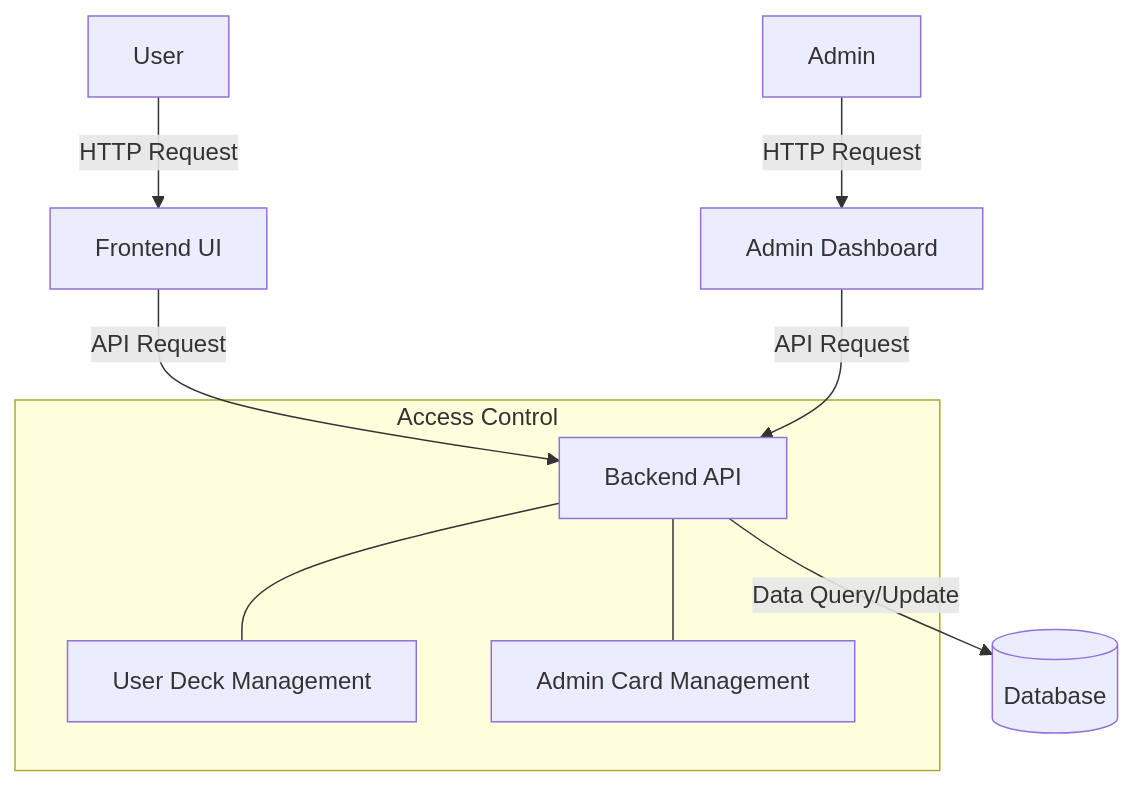
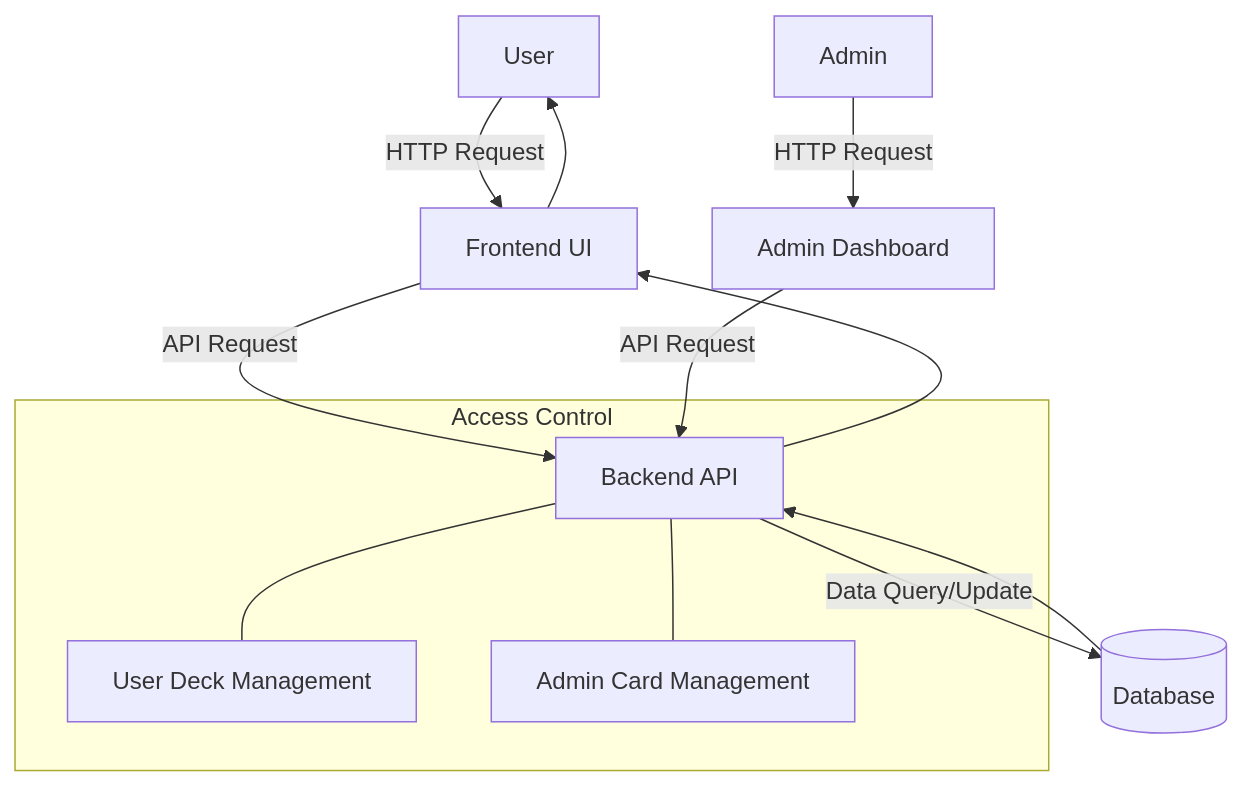
One commit to kyjohnson05/git-practice-KyleJohnson changed the third of 3 diagrams in mermaid-diagrams/README.md. Above: the diagram before and after it, drawn with Mermaid.

Commit message:
Update README.md
edit system architecture diagram

````diff
--- a/mermaid-diagrams/README.md
+++ b/mermaid-diagrams/README.md
@@ -54,12 +54,15 @@
 ```mermaid
 graph TD
 A[User] -->|HTTP Request| B[Frontend UI]
 B -->|API Request| C[Backend API]
 C -->|Data Query/Update| D[(Database)]
+D --> C
+C --> B
+B --> A
 E[Admin] -->|HTTP Request| F[Admin Dashboard]
 F -->|API Request| C
 subgraph Access Control
 C --- G[User Deck Management]
 C --- H[Admin Card Management]
 end
 ```
````
